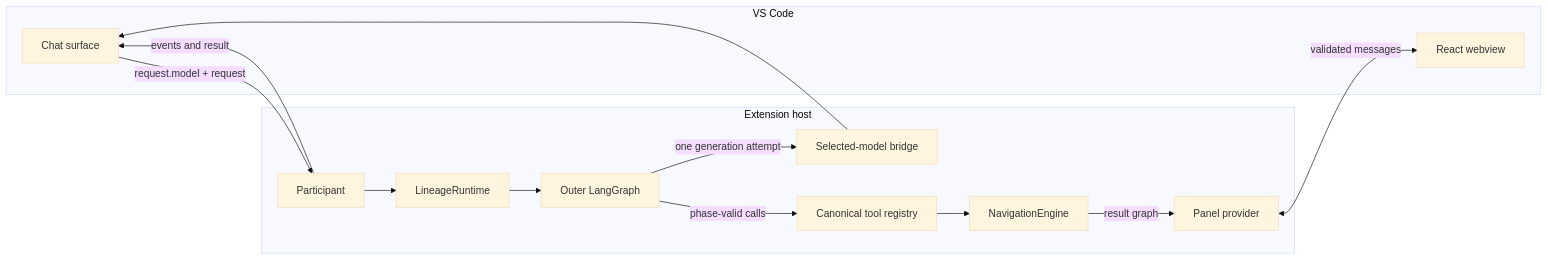
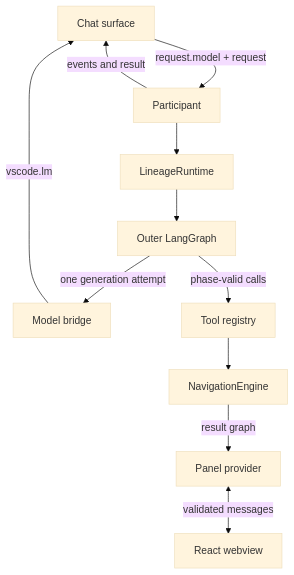
Before and after one commit to ChrisDevRepo/vscode_data_lineage: the first of 2 diagrams in docs/ARCHITECTURE.md, drawn with Mermaid (base theme). The commit also changed other lines of this file and 283 other files, not shown here.

````diff
--- a/docs/ARCHITECTURE.md
+++ b/docs/ARCHITECTURE.md
@@ -96,25 +125,13 @@
 ```mermaid
-flowchart LR
-    subgraph VSC[VS Code]
-        CHAT[Chat surface]
-        WV[React webview]
-    end
-
-    subgraph HOST[Extension host]
-        PART[Participant]
-        RUNTIME[LineageRuntime]
-        GRAPH[Outer LangGraph]
-        MODEL[Selected-model bridge]
-        TOOLS[Canonical tool registry]
-        NAV[NavigationEngine]
-        PANEL[Panel provider]
-    end
-
-    CHAT -->|request.model + request| PART
+flowchart TD
+    CHAT[Chat surface] -->|request.model + request| PART[Participant]
     PART -->|events and result| CHAT
-    PART --> RUNTIME --> GRAPH
-    GRAPH -->|one generation attempt| MODEL --> CHAT
-    GRAPH -->|phase-valid calls| TOOLS --> NAV
-    NAV -->|result graph| PANEL
-    PANEL <-->|validated messages| WV
+    PART --> RUNTIME[LineageRuntime]
+    RUNTIME --> GRAPH[Outer LangGraph]
+    GRAPH -->|one generation attempt| MODEL[Model bridge]
+    MODEL -->|vscode.lm| CHAT
+    GRAPH -->|phase-valid calls| TOOLS[Tool registry]
+    TOOLS --> NAV[NavigationEngine]
+    NAV -->|result graph| PANEL[Panel provider]
+    PANEL <-->|validated messages| WV[React webview]
 ```
````
